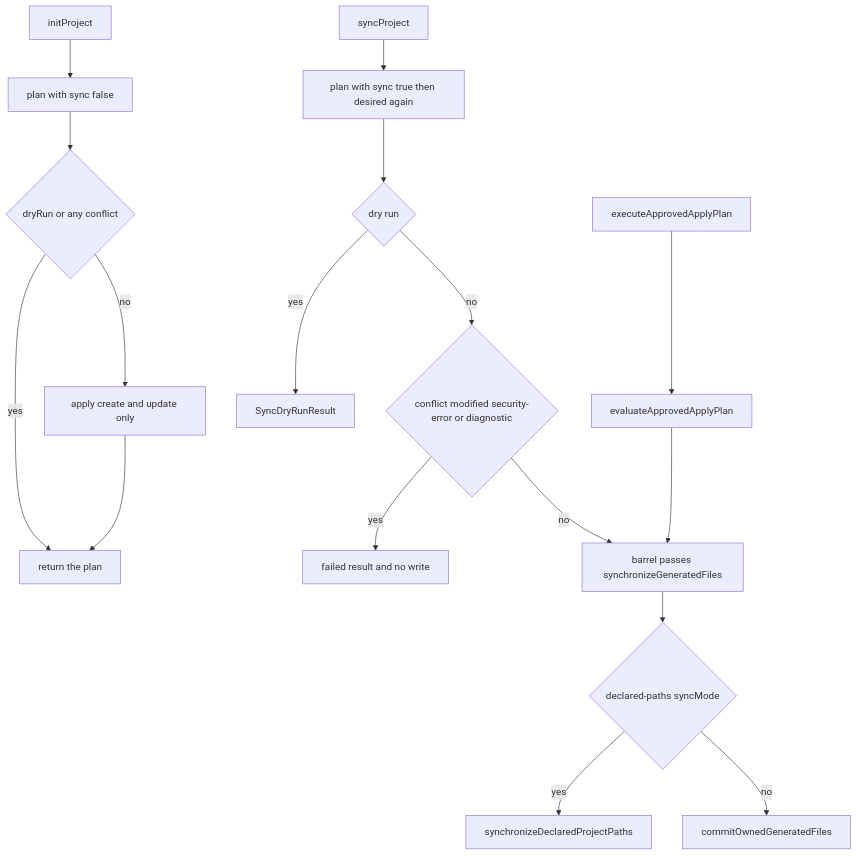
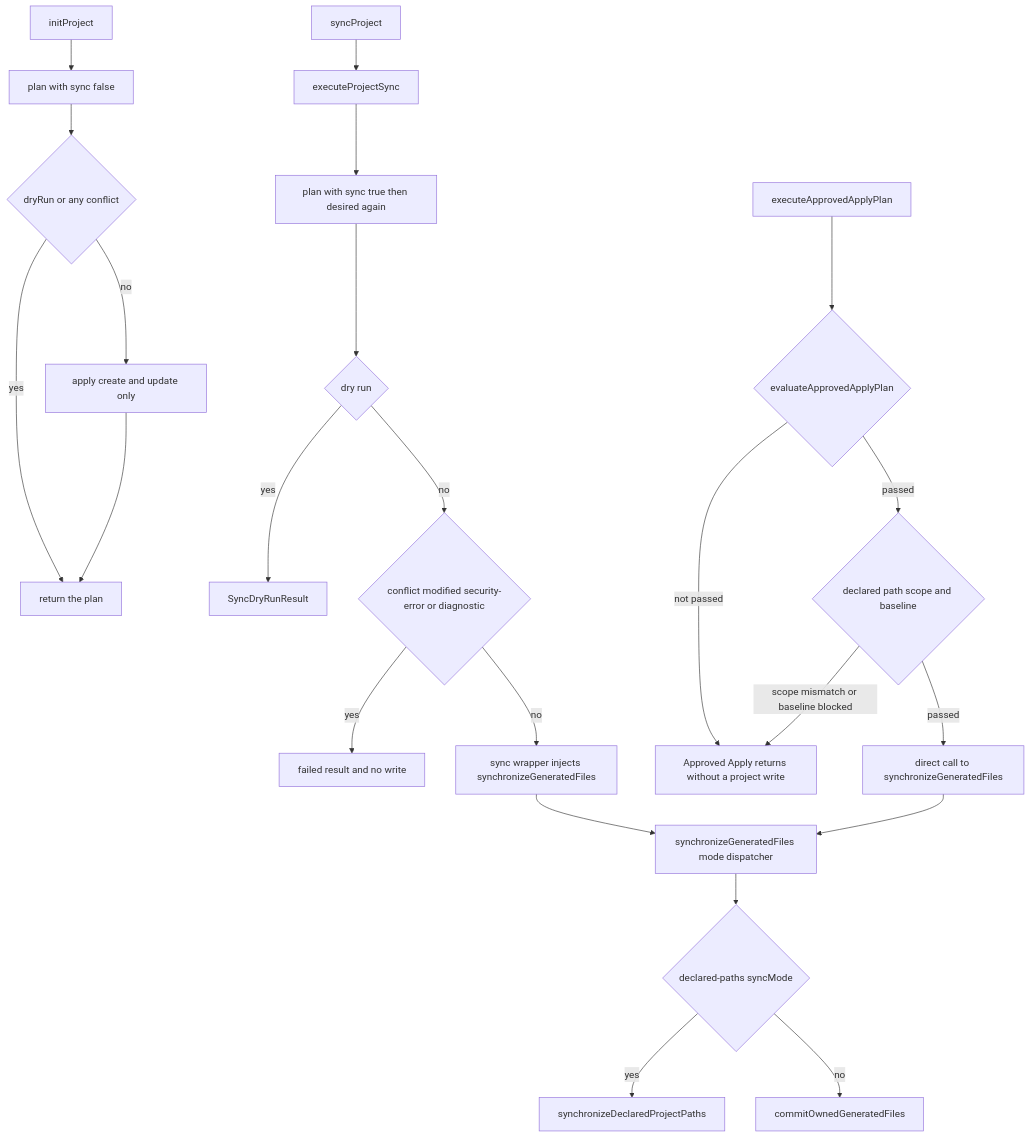
One commit to vitala89/Intentloom changed the diagram in docs/designs/p1i2-project-lifecycle/init-sync-write-flow.mmd. Above: the diagram before and after it, drawn with Mermaid. The commit also changed 2 other files, not shown here.

Commit message:
docs(architecture): separate Approved Apply from sync injection
The init and sync write diagram no longer routes
executeApprovedApplyPlan through the ordinary syncProject injection
seam. Approved Apply still calls synchronizeGeneratedFiles directly
after its gate, path-scope check, and baseline check.

```diff
--- a/docs/designs/p1i2-project-lifecycle/init-sync-write-flow.mmd
+++ b/docs/designs/p1i2-project-lifecycle/init-sync-write-flow.mmd
@@ -1,29 +1,39 @@
 flowchart TB
   init["initProject"]
   initPlan["plan with sync false"]
   initGate{"dryRun or any conflict"}
   apply["apply create and update only"]
   initResult["return the plan"]
   sync["syncProject"]
+  execute["executeProjectSync"]
   syncPlan["plan with sync true then desired again"]
   syncGate{"dry run"}
   summary["SyncDryRunResult"]
   blocked{"conflict modified security-error or diagnostic"}
   failed["failed result and no write"]
-  bound["barrel passes synchronizeGeneratedFiles"]
+  injected["sync wrapper injects synchronizeGeneratedFiles"]
+  approved["executeApprovedApplyPlan"]
+  approvedGate{"evaluateApprovedApplyPlan"}
+  approvedStop["Approved Apply returns without a project write"]
+  extra{"declared path scope and baseline"}
+  direct["direct call to synchronizeGeneratedFiles"]
+  dispatcher["synchronizeGeneratedFiles mode dispatcher"]
   mode{"declared-paths syncMode"}
   declared["synchronizeDeclaredProjectPaths"]
   owned["commitOwnedGeneratedFiles"]
-  approved["executeApprovedApplyPlan"]
-  approvedGate["evaluateApprovedApplyPlan"]
   init --> initPlan --> initGate
   initGate -->|yes| initResult
   initGate -->|no| apply --> initResult
-  sync --> syncPlan --> syncGate
+  sync --> execute --> syncPlan --> syncGate
   syncGate -->|yes| summary
   syncGate -->|no| blocked
   blocked -->|yes| failed
-  blocked -->|no| bound --> mode
+  blocked -->|no| injected --> dispatcher
+  approved --> approvedGate
+  approvedGate -->|not passed| approvedStop
+  approvedGate -->|passed| extra
+  extra -->|scope mismatch or baseline blocked| approvedStop
+  extra -->|passed| direct --> dispatcher
+  dispatcher --> mode
   mode -->|yes| declared
   mode -->|no| owned
-  approved --> approvedGate --> bound
```
